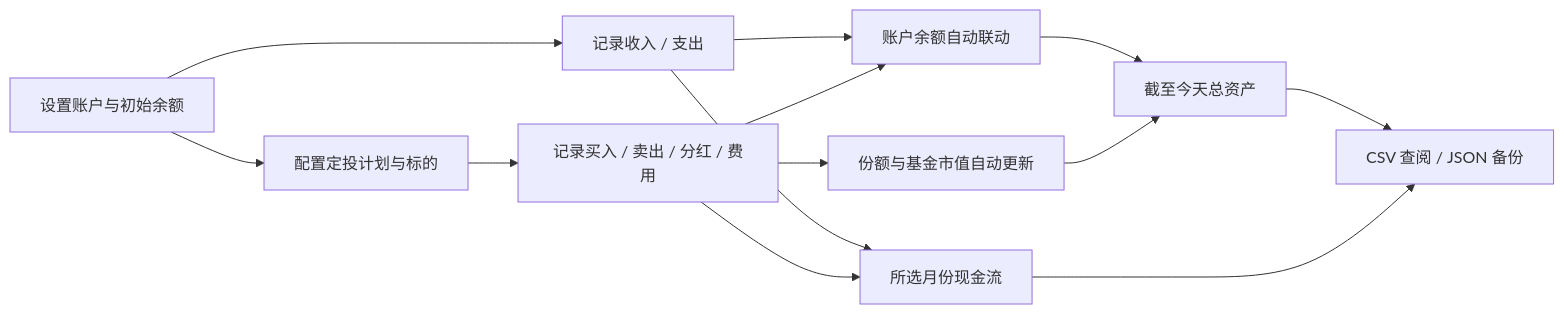
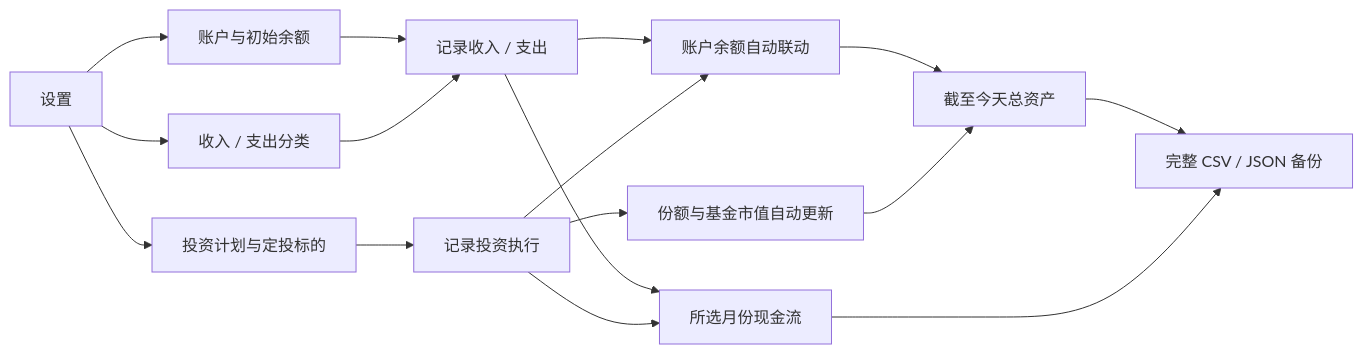
Before and after one commit to guojiayu-ai/qiantu-huayuan: the diagram in README.md, drawn with Mermaid. The commit also changed other lines of this file, not shown here.

````diff
--- a/README.md
+++ b/README.md
@@ -60,15 +79,18 @@
 ```mermaid
 flowchart LR
-  A[设置账户与初始余额] --> B[记录收入 / 支出]
-  A --> C[配置定投计划与标的]
-  C --> D[记录买入 / 卖出 / 分红 / 费用]
+  S[设置] --> A[账户与初始余额]
+  S --> C[投资计划与定投标的]
+  S --> K[收入 / 支出分类]
+  A --> B[记录收入 / 支出]
+  K --> B
+  C --> D[记录投资执行]
   B --> E[账户余额自动联动]
   D --> E
   D --> F[份额与基金市值自动更新]
   E --> G[截至今天总资产]
   F --> G
   B --> H[所选月份现金流]
   D --> H
-  G --> I[CSV 查阅 / JSON 备份]
+  G --> I[完整 CSV / JSON 备份]
   H --> I
 ```
````
